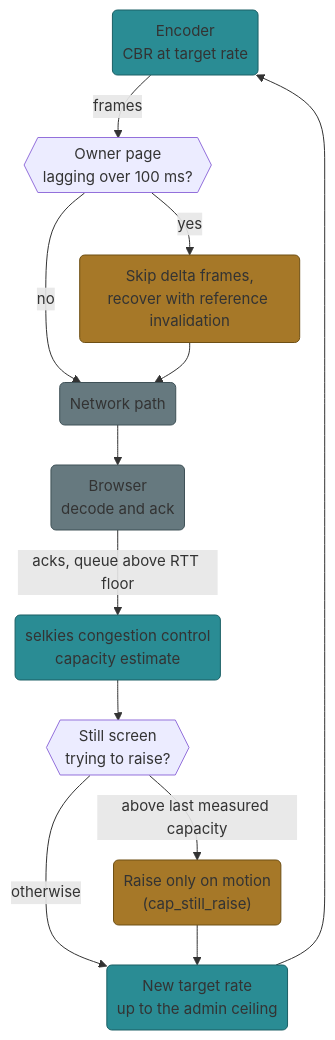
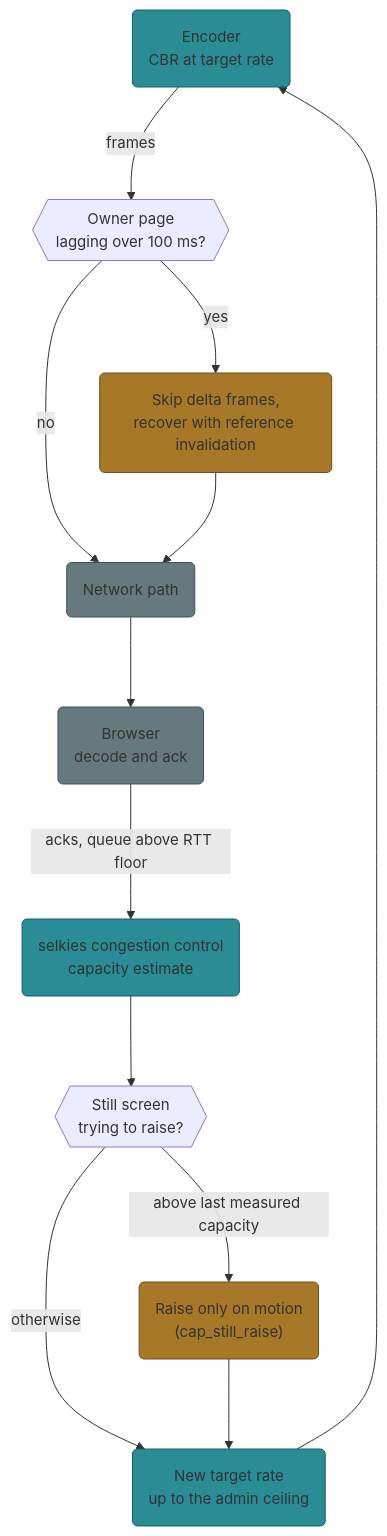
One commit to sgtslaughta/styx-portal changed the diagram in docs/assets/diagrams/build-streaming-2.mmd. Above: the diagram before and after it, drawn with Mermaid. The commit also changed 113 other files, not shown here.

First line of the commit message:
docs: space out diagrams and keep edge labels off the lines

```diff
--- a/docs/assets/diagrams/build-streaming-2.mmd
+++ b/docs/assets/diagrams/build-streaming-2.mmd
@@ -1,25 +1,25 @@
 ---
 config:
   themeVariables:
     fontSize: 15px
   flowchart:
     curve: basis
-    nodeSpacing: 30
-    rankSpacing: 40
-    padding: 10
+    nodeSpacing: 70
+    rankSpacing: 90
+    padding: 16
 ---
 flowchart TD
     enc("Encoder<br/>CBR at target rate"):::core -->|frames| own{{"Owner page<br/>lagging over 100 ms?"}}
     own -->|yes| skip("Skip delta frames,<br/>recover with reference invalidation"):::gate
     own -->|no| link("Network path"):::ext
     skip --> link
     link --> br("Browser<br/>decode and ack"):::ext
     br -->|"acks, queue above RTT floor"| cc("selkies congestion control<br/>capacity estimate"):::core
     cc --> still{{"Still screen<br/>trying to raise?"}}
     still -->|"above last measured capacity"| hold("Raise only on motion<br/>(cap_still_raise)"):::gate
     still -->|otherwise| tgt
     hold --> tgt("New target rate<br/>up to the admin ceiling"):::core
     tgt --> enc
     classDef ext fill:#66797F,stroke:#3F5157
     classDef core fill:#2A8C94,stroke:#1B5F65
     classDef gate fill:#A67828,stroke:#6E4F14
```
